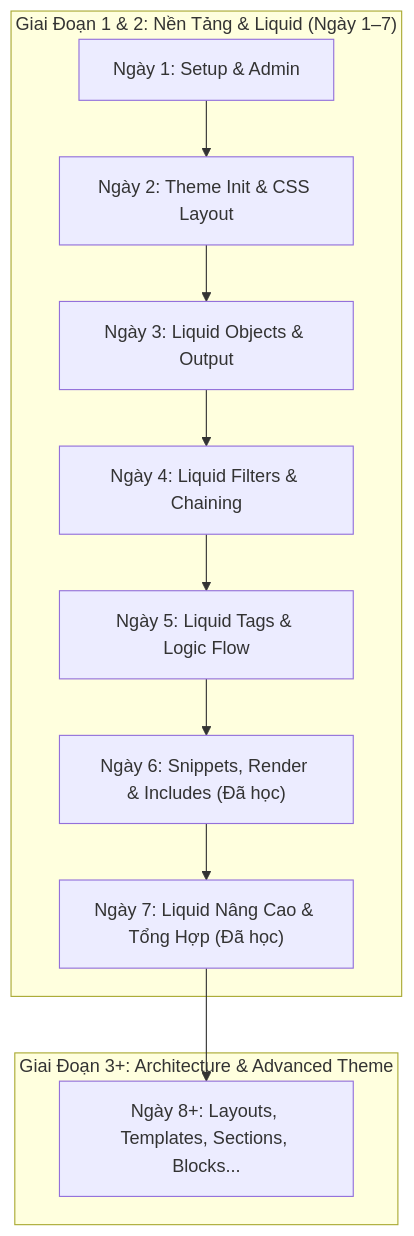
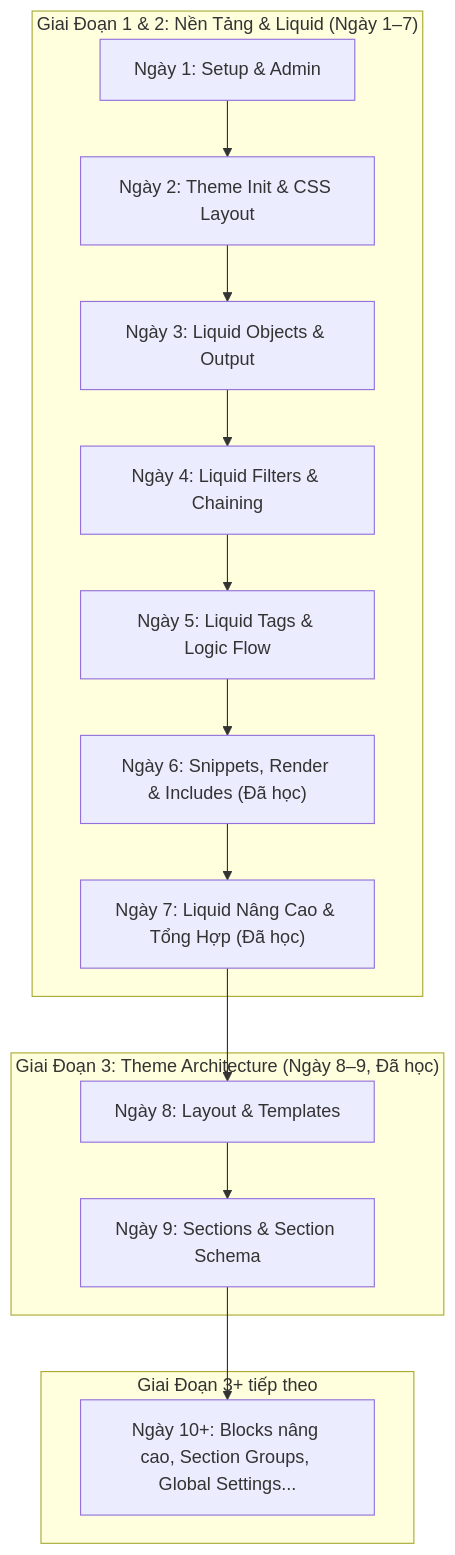
The diagram in docs/shopify-liquid-summary.md (phamduc-is/shopify-liquid), drawn with Mermaid before and after one commit. The commit also changed other lines of this file and 4 other files, not shown here.

First line of the commit message:
feat: Day 9 feature-banner section (theme blocks, schema, nested Group/Text)

````diff
--- a/docs/shopify-liquid-summary.md
+++ b/docs/shopify-liquid-summary.md
@@ -34,15 +36,20 @@
 ```mermaid
 graph TD
     subgraph Giai_Doan_1_Va_2 ["Giai Đoạn 1 & 2: Nền Tảng & Liquid (Ngày 1–7)"]
         D1["Ngày 1: Setup & Admin"] --> D2["Ngày 2: Theme Init & CSS Layout"]
         D2 --> D3["Ngày 3: Liquid Objects & Output"]
         D3 --> D4["Ngày 4: Liquid Filters & Chaining"]
         D4 --> D5["Ngày 5: Liquid Tags & Logic Flow"]
         D5 --> D6["Ngày 6: Snippets, Render & Includes (Đã học)"]
         D6 --> D7["Ngày 7: Liquid Nâng Cao & Tổng Hợp (Đã học)"]
     end
     
-    subgraph Giai_Doan_Tiep_Theo ["Giai Đoạn 3+: Architecture & Advanced Theme"]
-        D7 --> D8_Plus["Ngày 8+: Layouts, Templates, Sections, Blocks..."]
+    subgraph Giai_Doan_3 ["Giai Đoạn 3: Theme Architecture (Ngày 8–9, Đã học)"]
+        D7 --> D8["Ngày 8: Layout & Templates"]
+        D8 --> D9["Ngày 9: Sections & Section Schema"]
+    end
+
+    subgraph Giai_Doan_Tiep_Theo ["Giai Đoạn 3+ tiếp theo"]
+        D9 --> D10_Plus["Ngày 10+: Blocks nâng cao, Section Groups, Global Settings..."]
     end
 ```
````
